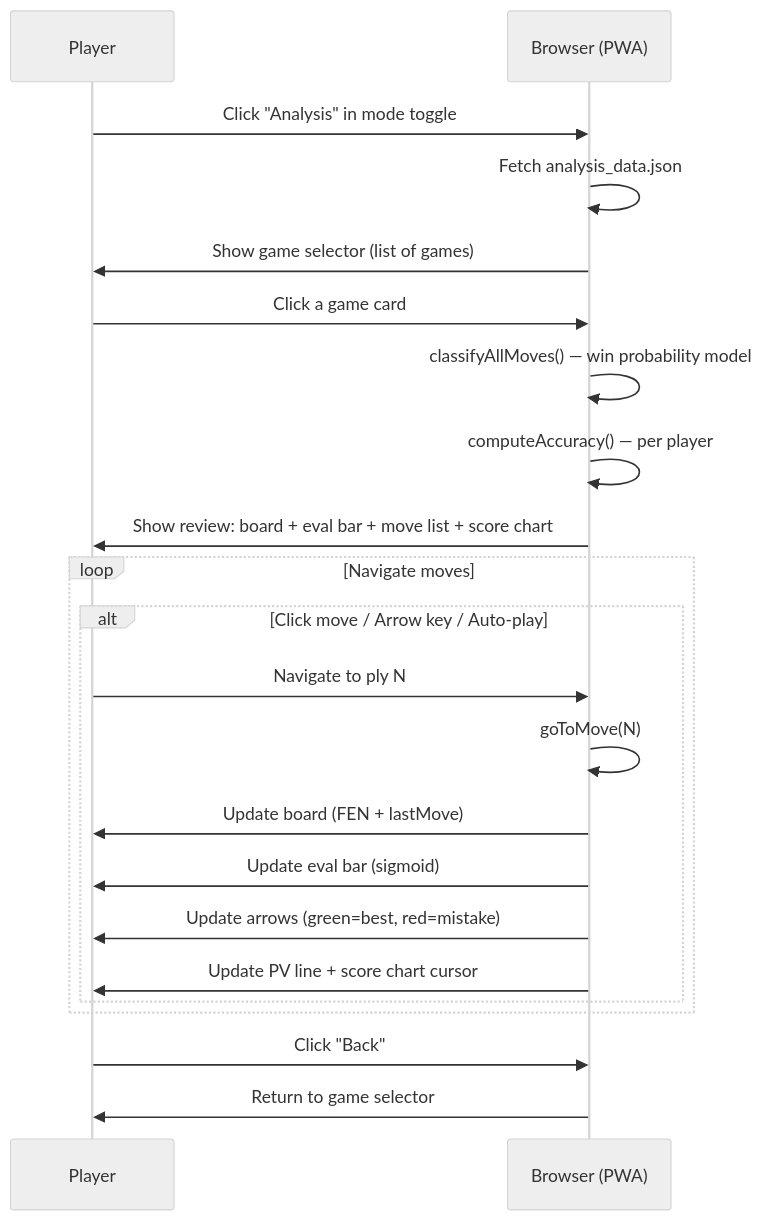
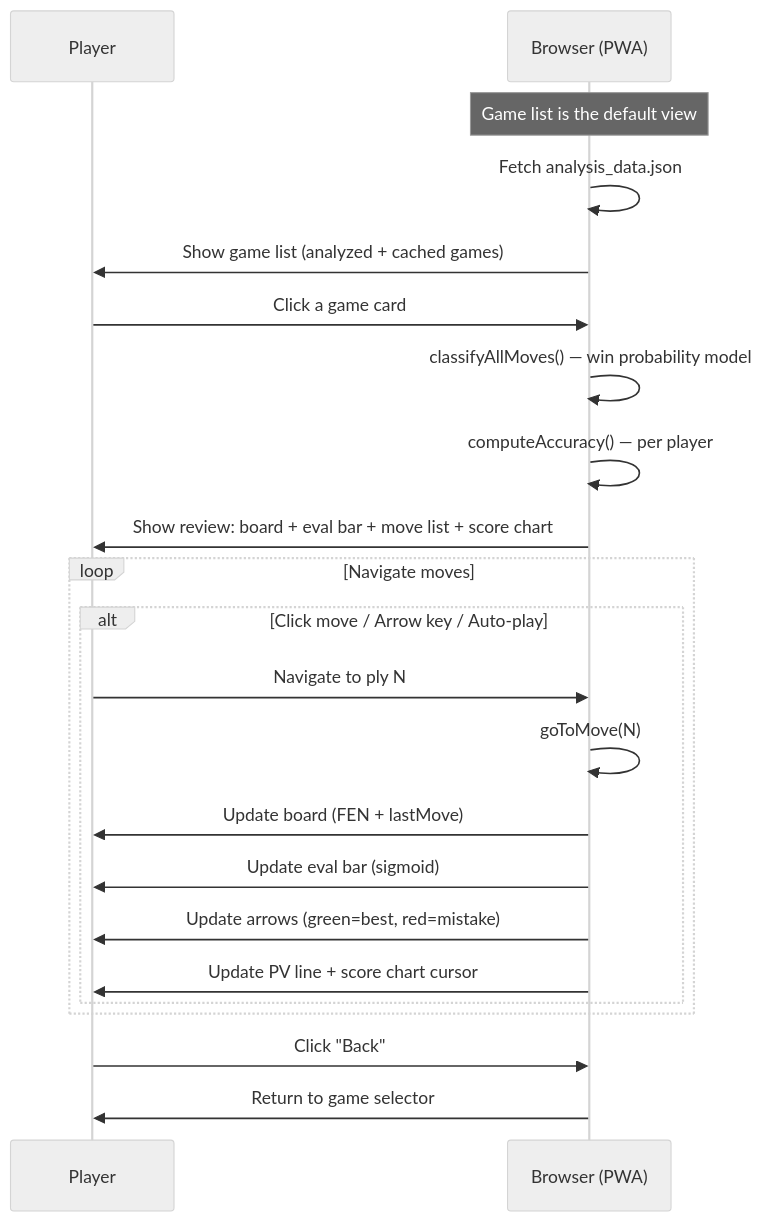
One commit to Bobain/chess-opening-prep changed the second of 5 diagrams in docs/flows/user-flows.md. Above: the diagram before and after it, drawn with Mermaid (neutral theme). The commit also changed other lines of this file and 4 other files, not shown here.

First line of the commit message:
Update docs for game-list-centric redesign

````diff
--- a/docs/flows/user-flows.md
+++ b/docs/flows/user-flows.md
@@ -54,28 +54,28 @@
 ```mermaid
 sequenceDiagram
     participant U as Player
     participant PWA as Browser (PWA)
 
-    U->>PWA: Click "Analysis" in mode toggle
+    Note over PWA: Game list is the default view
     PWA->>PWA: Fetch analysis_data.json
-    PWA->>U: Show game selector (list of games)
+    PWA->>U: Show game list (analyzed + cached games)
 
     U->>PWA: Click a game card
     PWA->>PWA: classifyAllMoves() — win probability model
     PWA->>PWA: computeAccuracy() — per player
     PWA->>U: Show review: board + eval bar + move list + score chart
 
     loop Navigate moves
         alt Click move / Arrow key / Auto-play
             U->>PWA: Navigate to ply N
             PWA->>PWA: goToMove(N)
             PWA->>U: Update board (FEN + lastMove)
             PWA->>U: Update eval bar (sigmoid)
             PWA->>U: Update arrows (green=best, red=mistake)
             PWA->>U: Update PV line + score chart cursor
         end
     end
 
     U->>PWA: Click "Back"
     PWA->>U: Return to game selector
 ```
````
